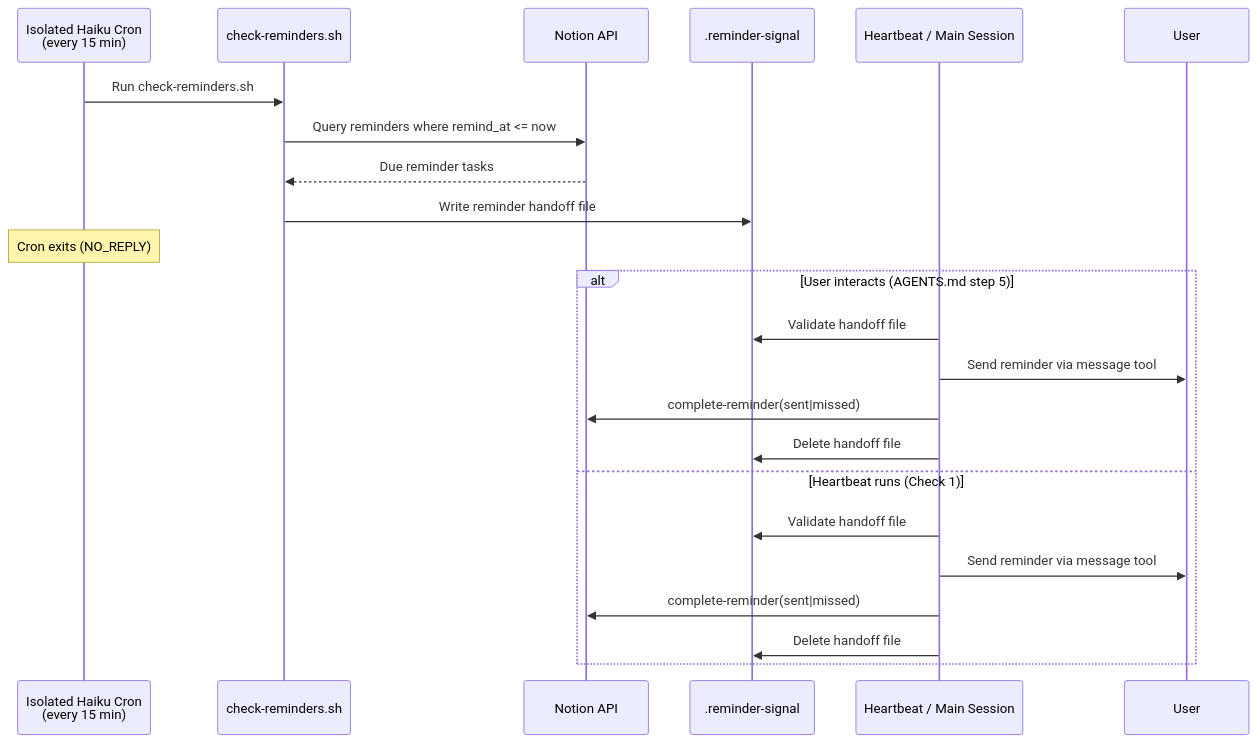
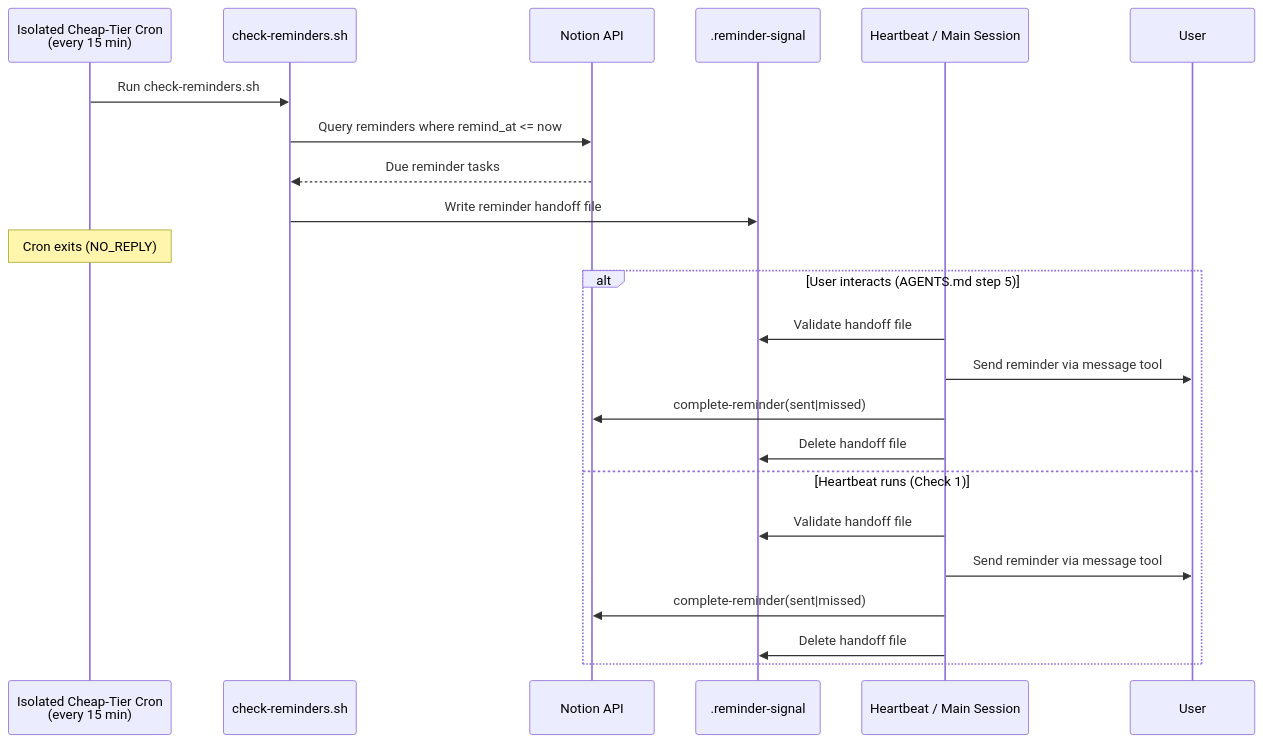
The fifth of 6 diagrams in docs/architecture.md (NickBorgersProbably/hide-my-list), drawn with Mermaid before and after one commit. The commit also changed other lines of this file and 10 other files, not shown here.

````diff
--- a/docs/architecture.md
+++ b/docs/architecture.md
@@ -200,26 +200,26 @@
 ```mermaid
 sequenceDiagram
-    participant Cron as Isolated Haiku Cron<br/>(every 15 min)
+    participant Cron as Isolated Cheap-Tier Cron<br/>(every 15 min)
     participant Script as check-reminders.sh
     participant Notion as Notion API
     participant Signal as .reminder-signal
     participant Delivery as Heartbeat / Main Session
     participant User
 
     Cron->>Script: Run check-reminders.sh
     Script->>Notion: Query reminders where remind_at <= now
     Notion-->>Script: Due reminder tasks
     Script->>Signal: Write reminder handoff file
     Note over Cron: Cron exits (NO_REPLY)
     alt User interacts (AGENTS.md step 5)
         Delivery->>Signal: Validate handoff file
         Delivery->>User: Send reminder via message tool
         Delivery->>Notion: complete-reminder(sent|missed)
         Delivery->>Signal: Delete handoff file
     else Heartbeat runs (Check 1)
         Delivery->>Signal: Validate handoff file
         Delivery->>User: Send reminder via message tool
         Delivery->>Notion: complete-reminder(sent|missed)
         Delivery->>Signal: Delete handoff file
     end
 ```
````
